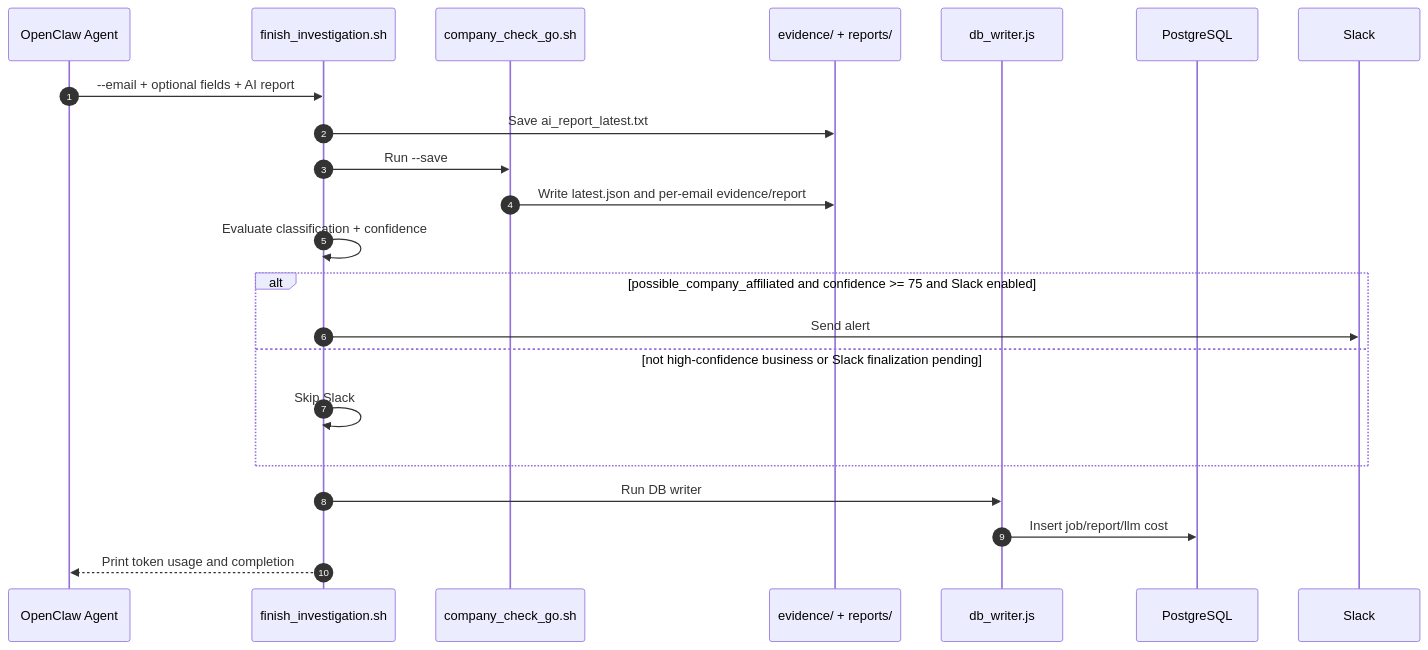
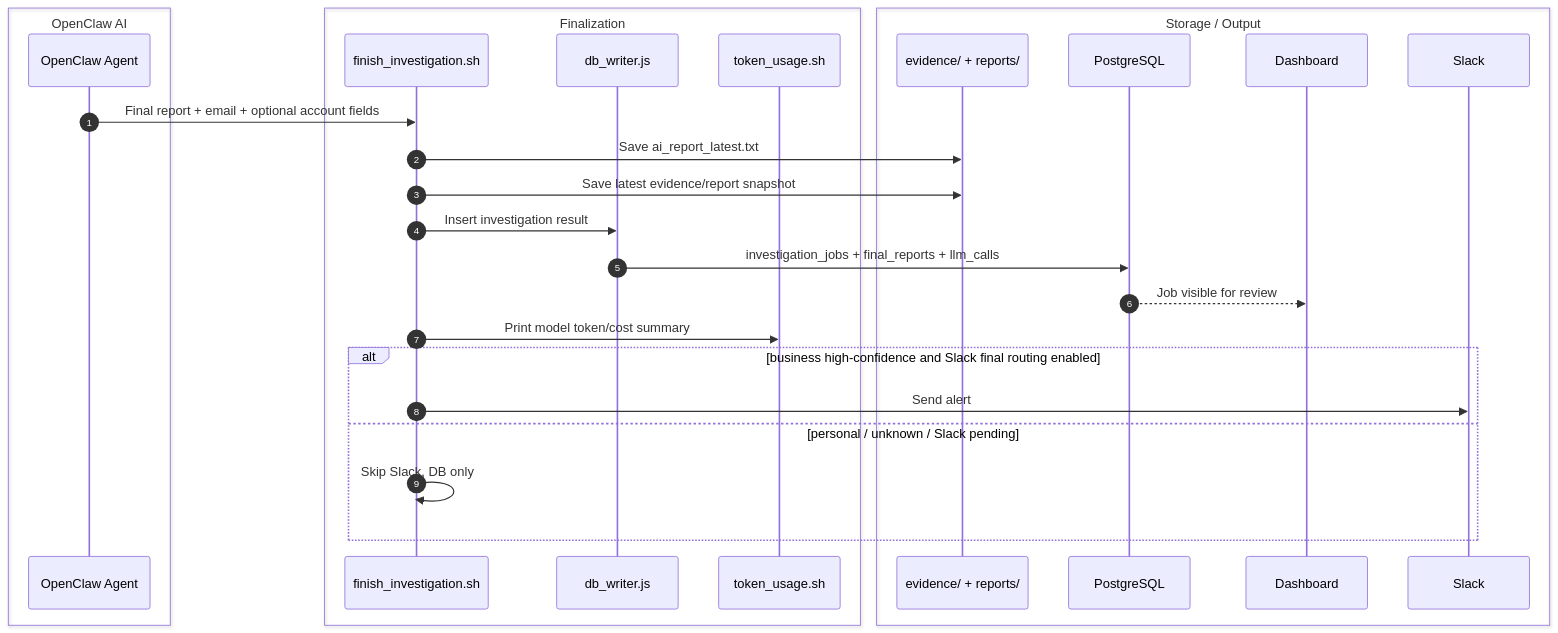
One commit to nunutech40/company-detector-bot changed the fifth of 6 diagrams in docs/technical/FLOW_MAP.md. Above: the diagram before and after it, drawn with Mermaid. The commit also changed other lines of this file, not shown here.

Commit message:
clarify flow actor boundaries

````diff
--- a/docs/technical/FLOW_MAP.md
+++ b/docs/technical/FLOW_MAP.md
@@ -239,27 +258,34 @@
 ```mermaid
 sequenceDiagram
   autonumber
-  participant Agent as OpenClaw Agent
-  participant Finalizer as finish_investigation.sh
-  participant Go as company_check_go.sh
-  participant Files as evidence/ + reports/
-  participant Writer as db_writer.js
-  participant DB as PostgreSQL
-  participant Slack as Slack
-
-  Agent->>Finalizer: --email + optional fields + AI report
-  Finalizer->>Files: Save ai_report_latest.txt
-  Finalizer->>Go: Run --save
-  Go->>Files: Write latest.json and per-email evidence/report
-  Finalizer->>Finalizer: Evaluate classification + confidence
-
-  alt possible_company_affiliated and confidence >= 75 and Slack enabled
-    Finalizer->>Slack: Send alert
-  else not high-confidence business or Slack finalization pending
-    Finalizer->>Finalizer: Skip Slack
+  box OpenClaw AI
+    participant Agent as OpenClaw Agent
   end
 
-  Finalizer->>Writer: Run DB writer
-  Writer->>DB: Insert job/report/llm cost
-  Finalizer-->>Agent: Print token usage and completion
+  box Finalization
+    participant Finalizer as finish_investigation.sh
+    participant Writer as db_writer.js
+    participant Token as token_usage.sh
+  end
+
+  box Storage / Output
+    participant Files as evidence/ + reports/
+    participant DB as PostgreSQL
+    participant Dashboard as Dashboard
+    participant Slack as Slack
+  end
+
+  Agent->>Finalizer: Final report + email + optional account fields
+  Finalizer->>Files: Save ai_report_latest.txt
+  Finalizer->>Files: Save latest evidence/report snapshot
+  Finalizer->>Writer: Insert investigation result
+  Writer->>DB: investigation_jobs + final_reports + llm_calls
+  DB-->>Dashboard: Job visible for review
+  Finalizer->>Token: Print model token/cost summary
+
+  alt business high-confidence and Slack final routing enabled
+    Finalizer->>Slack: Send alert
+  else personal / unknown / Slack pending
+    Finalizer->>Finalizer: Skip Slack, DB only
+  end
 ```
````
